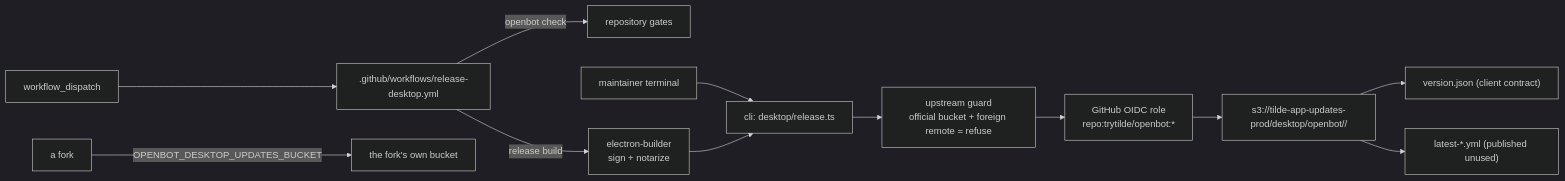
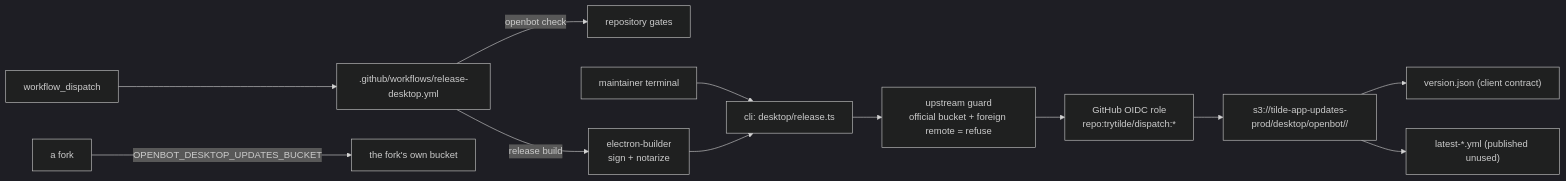
One commit to trytilde/dispatch changed the diagram in docs/updates/60.md. Above: the diagram before and after it, drawn with Mermaid (dark theme). The commit also changed other lines of this file and 34 other files, not shown here.

````diff
--- a/docs/updates/60.md
+++ b/docs/updates/60.md
@@ -10,14 +10,14 @@
 ```mermaid
 flowchart LR
   D["workflow_dispatch"] --> W[".github/workflows/release-desktop.yml"]
   W -->|"openbot check"| G["repository gates"]
   W -->|"release build"| B["electron-builder\nsign + notarize"]
   Dev["maintainer terminal"] --> CLI["cli: desktop/release.ts"]
   B --> CLI
   CLI --> Guard["upstream guard\nofficial bucket + foreign remote = refuse"]
-  Guard --> OIDC["GitHub OIDC role\nrepo:trytilde/openbot:*"]
+  Guard --> OIDC["GitHub OIDC role\nrepo:trytilde/dispatch:*"]
   OIDC --> S3["s3://tilde-app-updates-prod/desktop/openbot/<channel>/"]
   S3 --> V["version.json (client contract)"]
   S3 --> Y["latest-*.yml (published unused)"]
   Fork["a fork"] -->|"OPENBOT_DESKTOP_UPDATES_BUCKET"| S3F["the fork's own bucket"]
 ```
````
